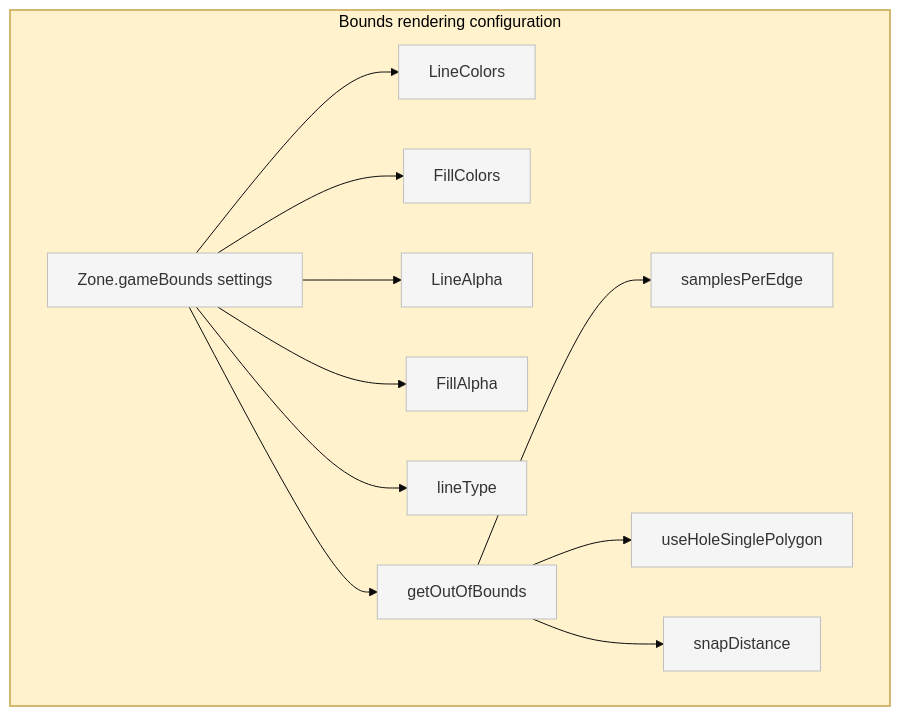
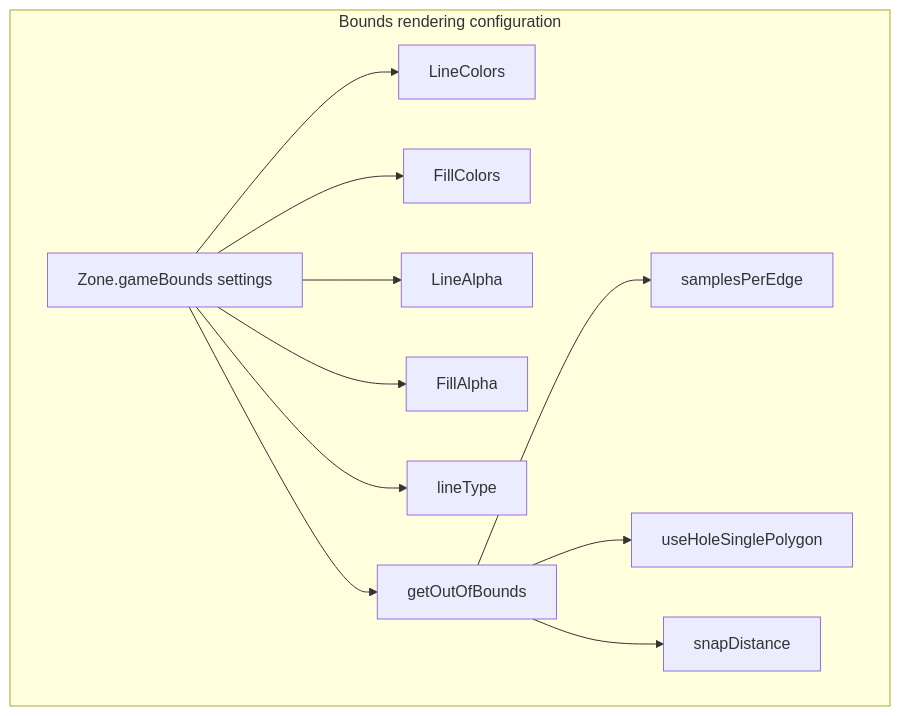
One commit to Gh0st352/AETHR changed the fourth of 4 diagrams in docs/config/zone_paint_and_bounds.md. Above: the diagram before and after it, drawn with Mermaid. The commit also changed other lines of this file and 8 other files, not shown here.

First line of the commit message:
docs(config): standardize Mermaid themes and class names

````diff
--- a/docs/config/zone_paint_and_bounds.md
+++ b/docs/config/zone_paint_and_bounds.md
@@ -116,19 +110,17 @@
 ```mermaid
-%%{init: {"theme":"base", "themeVariables":{"primaryColor":"#f5f5f5"}}}%%
+%% shared theme: docs/_mermaid/theme.json %%
 flowchart TB
-  subgraph BOUNDS_CFG [Bounds rendering configuration]
-    style BOUNDS_CFG fill:#fff2cc,stroke:#d4b86f,stroke-width:2px
+  subgraph BOUNDS_CFG["Bounds rendering configuration"]
     CFG[Zone.gameBounds settings] --> LC[LineColors]
     CFG --> FC[FillColors]
     CFG --> LA[LineAlpha]
     CFG --> FA[FillAlpha]
     CFG --> LT[lineType]
     CFG --> OOB[getOutOfBounds]
     OOB --> S1[samplesPerEdge]
     OOB --> S2[useHoleSinglePolygon]
     OOB --> S3[snapDistance]
   end
 
-  classDef node fill:#f5f5f5,stroke:#bfbfbf,stroke-width:1px
-  class CFG,LC,FC,LA,FA,LT,OOB,S1,S2,S3 node
+  class CFG,LC,FC,LA,FA,LT,OOB,S1,S2,S3 class_step;
 ```
````
